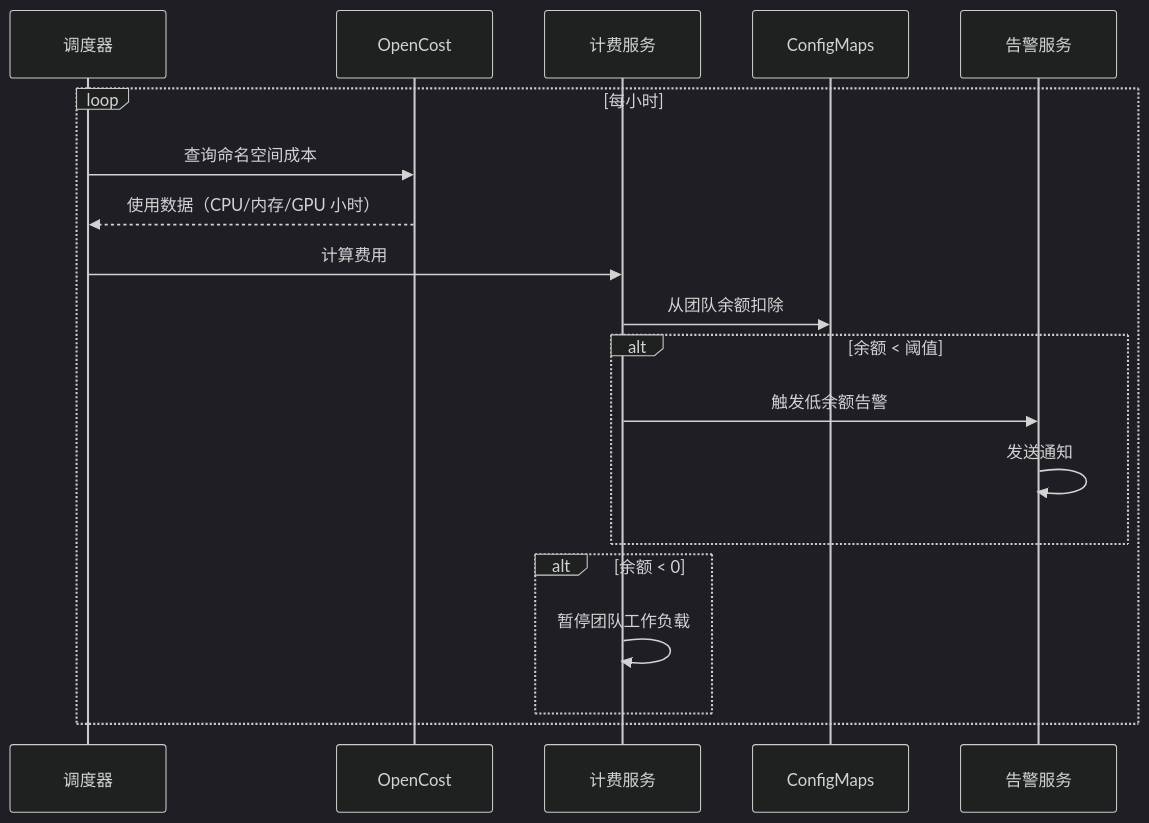
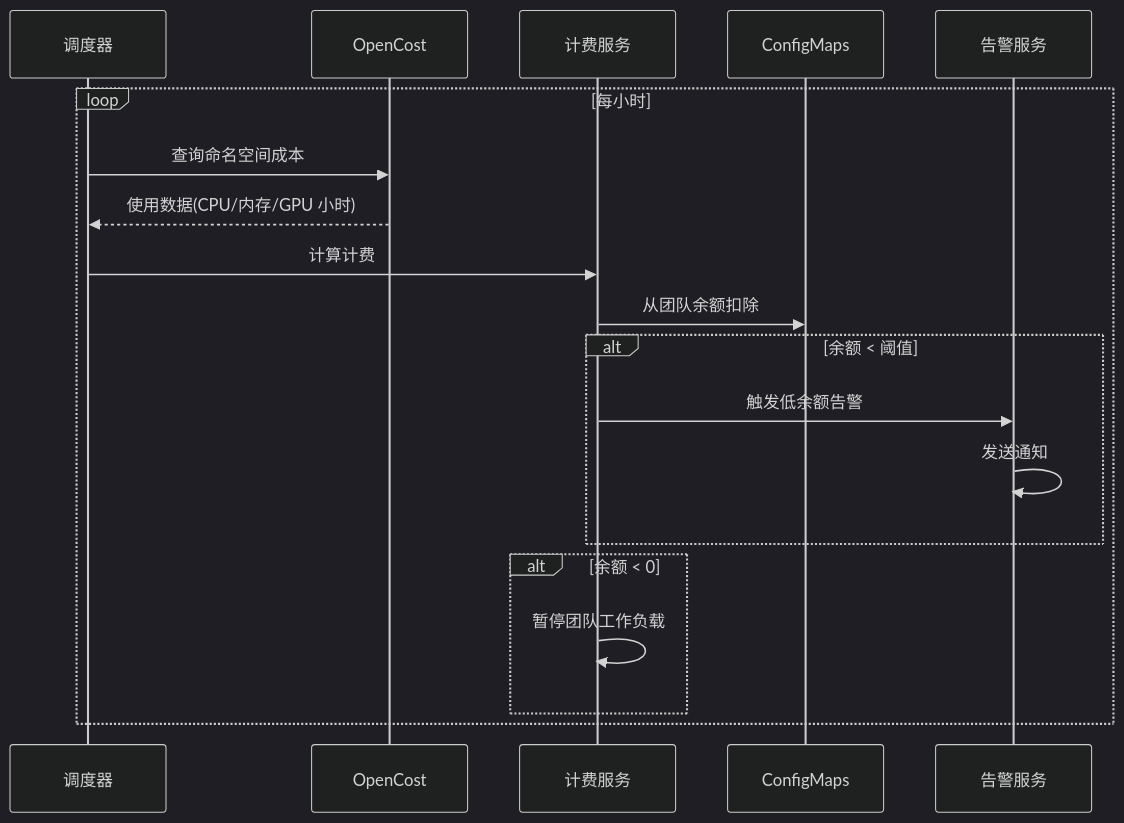
One commit to SuperMarioYL/Bison changed the eighth of 9 diagrams in docs/README_CN.md. Above: the diagram before and after it, drawn with Mermaid (dark theme). The commit also changed other lines of this file and 9 other files, not shown here.

````diff
--- a/docs/README_CN.md
+++ b/docs/README_CN.md
@@ -144,24 +614,24 @@
 ```mermaid
 sequenceDiagram
     participant S as 调度器
     participant OC as OpenCost
     participant BS as 计费服务
     participant CM as ConfigMaps
     participant A as 告警服务
 
     loop 每小时
         S->>OC: 查询命名空间成本
-        OC-->>S: 使用数据（CPU/内存/GPU 小时）
-        S->>BS: 计算费用
+        OC-->>S: 使用数据(CPU/内存/GPU 小时)
+        S->>BS: 计算计费
         BS->>CM: 从团队余额扣除
 
         alt 余额 < 阈值
             BS->>A: 触发低余额告警
             A->>A: 发送通知
         end
 
         alt 余额 < 0
             BS->>BS: 暂停团队工作负载
         end
     end
 ```
````
